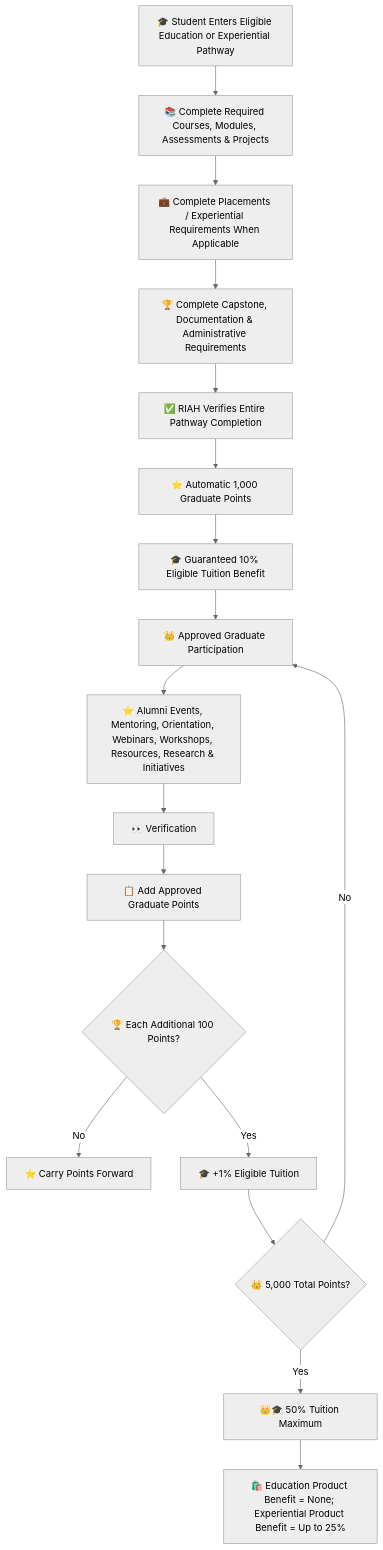
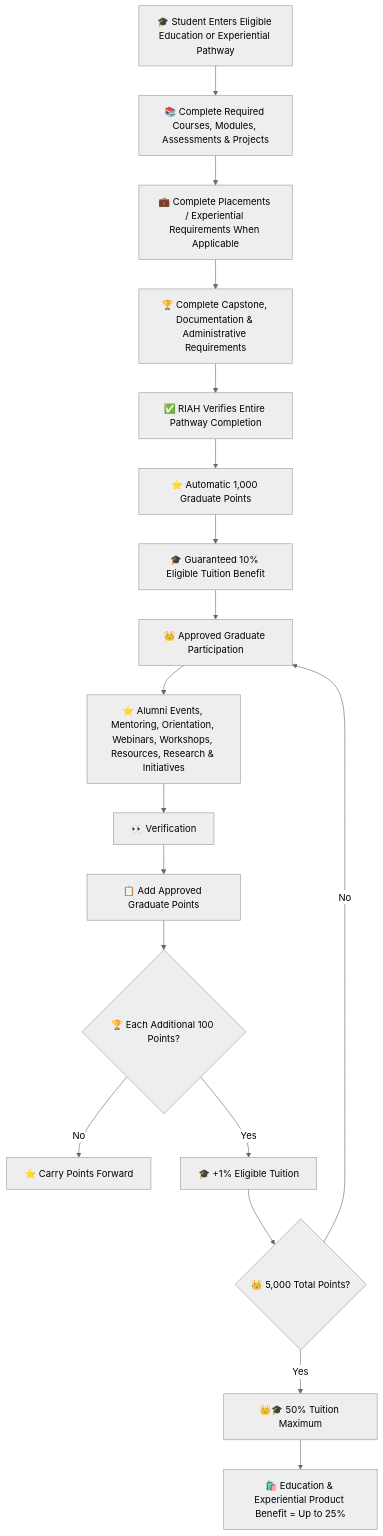
Before and after one commit to RIAHPathway/Website: the diagram in Contributor-Benefits/STUDENTS.md, drawn with Mermaid (neutral theme). The commit also changed other lines of this file, not shown here.

Commit message:
Add Education Graduate product benefit progression

````diff
--- a/Contributor-Benefits/STUDENTS.md
+++ b/Contributor-Benefits/STUDENTS.md
@@ -33,20 +33,20 @@
 ```mermaid
 flowchart TB
 A["🎓 Student Enters Eligible Education or Experiential Pathway"] --> B["📚 Complete Required Courses, Modules, Assessments & Projects"]
 B --> C["💼 Complete Placements / Experiential Requirements When Applicable"]
 C --> D["🏆 Complete Capstone, Documentation & Administrative Requirements"]
 D --> E["✅ RIAH Verifies Entire Pathway Completion"]
 E --> F["⭐ Automatic 1,000 Graduate Points"]
 F --> G["🎓 Guaranteed 10% Eligible Tuition Benefit"]
 G --> H["👑 Approved Graduate Participation"]
 H --> I["⭐ Alumni Events, Mentoring, Orientation, Webinars, Workshops, Resources, Research & Initiatives"]
 I --> J["👀 Verification"]
 J --> K["📋 Add Approved Graduate Points"]
 K --> L{"🏆 Each Additional 100 Points?"}
 L -- No --> M["⭐ Carry Points Forward"]
 L -- Yes --> N["🎓 +1% Eligible Tuition"]
 N --> O{"👑 5,000 Total Points?"}
 O -- No --> H
 O -- Yes --> P["👑🎓 50% Tuition Maximum"]
-P --> Q["🛍️ Education Product Benefit = None; Experiential Product Benefit = Up to 25%"]
+P --> Q["🛍️ Education & Experiential Product Benefit = Up to 25%"]
 ```
````
